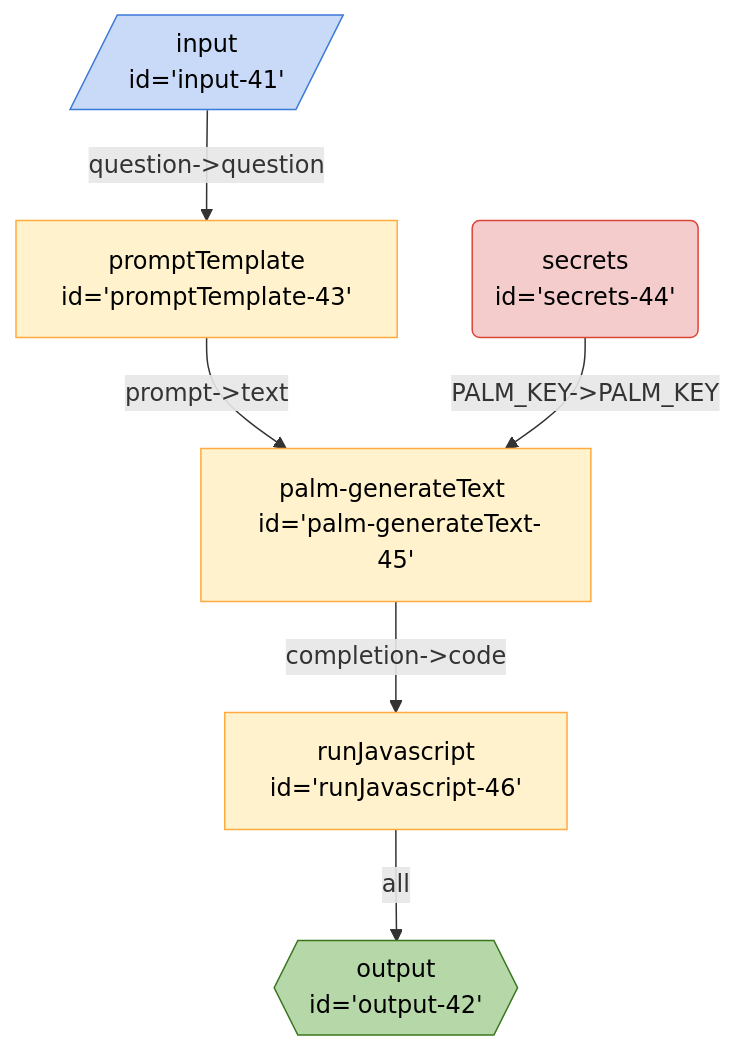
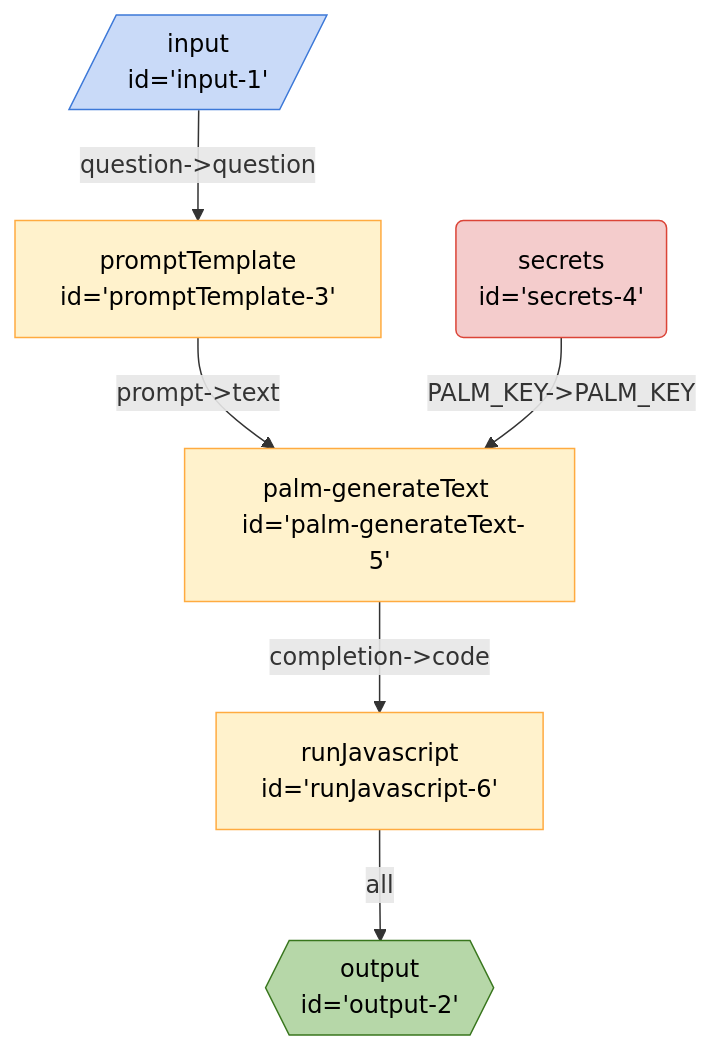
The diagram in seeds/breadboard-web/docs/graphs/new/math-imperative.md (breadboard-ai/breadboard), drawn with Mermaid before and after one commit. The commit also changed 20 other files, not shown here.

Commit message:
[new syntax] saner ids in example graphs

````diff
--- a/seeds/breadboard-web/docs/graphs/new/math-imperative.md
+++ b/seeds/breadboard-web/docs/graphs/new/math-imperative.md
@@ -3,17 +3,17 @@
 ```mermaid
 %%{init: 'themeVariables': { 'fontFamily': 'Fira Code, monospace' }}%%
 graph TD;
-runJavascript46["runJavascript <br> id='runJavascript-46'"] -- all --> output42{{"output <br> id='output-42'"}}:::output
-palmgenerateText45["palm-generateText <br> id='palm-generateText-45'"] -- "completion->code" --> runJavascript46["runJavascript <br> id='runJavascript-46'"]
-promptTemplate43["promptTemplate <br> id='promptTemplate-43'"] -- "prompt->text" --> palmgenerateText45["palm-generateText <br> id='palm-generateText-45'"]
-secrets44("secrets <br> id='secrets-44'"):::secrets -- "PALM_KEY->PALM_KEY" --> palmgenerateText45["palm-generateText <br> id='palm-generateText-45'"]
-input41[/"input <br> id='input-41'"/]:::input -- "question->question" --> promptTemplate43["promptTemplate <br> id='promptTemplate-43'"]
+runJavascript6["runJavascript <br> id='runJavascript-6'"] -- all --> output2{{"output <br> id='output-2'"}}:::output
+palmgenerateText5["palm-generateText <br> id='palm-generateText-5'"] -- "completion->code" --> runJavascript6["runJavascript <br> id='runJavascript-6'"]
+promptTemplate3["promptTemplate <br> id='promptTemplate-3'"] -- "prompt->text" --> palmgenerateText5["palm-generateText <br> id='palm-generateText-5'"]
+secrets4("secrets <br> id='secrets-4'"):::secrets -- "PALM_KEY->PALM_KEY" --> palmgenerateText5["palm-generateText <br> id='palm-generateText-5'"]
+input1[/"input <br> id='input-1'"/]:::input -- "question->question" --> promptTemplate3["promptTemplate <br> id='promptTemplate-3'"]
 classDef default stroke:#ffab40,fill:#fff2ccff,color:#000
 classDef input stroke:#3c78d8,fill:#c9daf8ff,color:#000
 classDef output stroke:#38761d,fill:#b6d7a8ff,color:#000
 classDef passthrough stroke:#a64d79,fill:#ead1dcff,color:#000
 classDef slot stroke:#a64d79,fill:#ead1dcff,color:#000
 classDef config stroke:#a64d79,fill:#ead1dcff,color:#000
 classDef secrets stroke:#db4437,fill:#f4cccc,color:#000
 classDef slotted stroke:#a64d79
 ```
````
